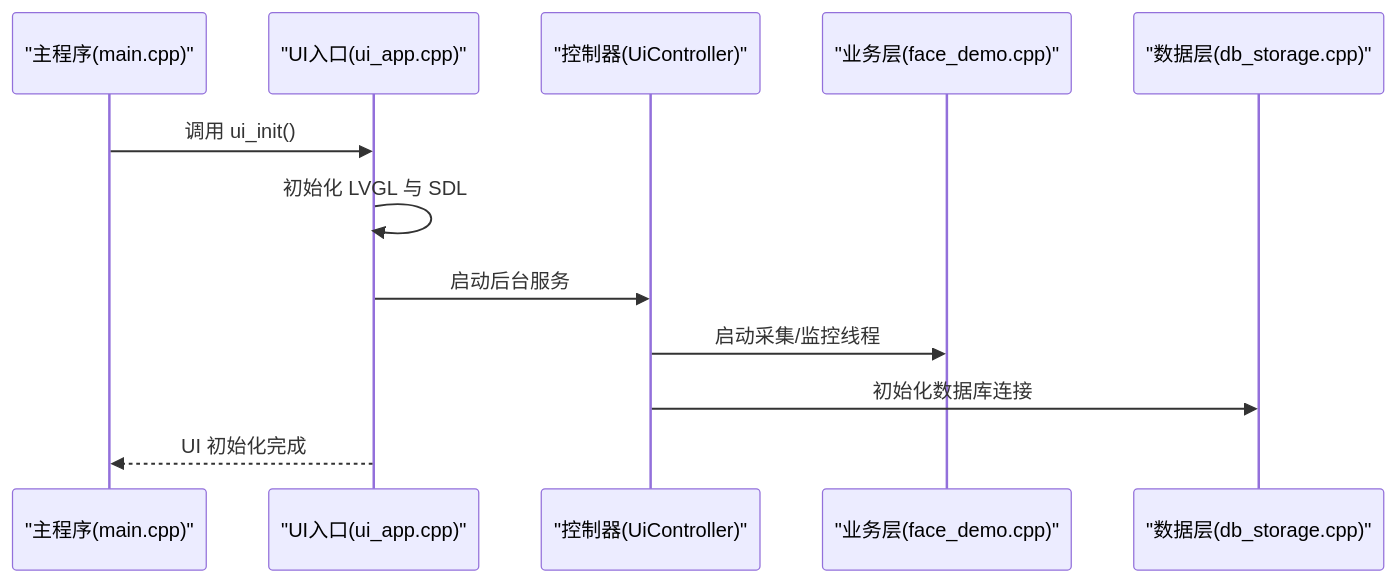
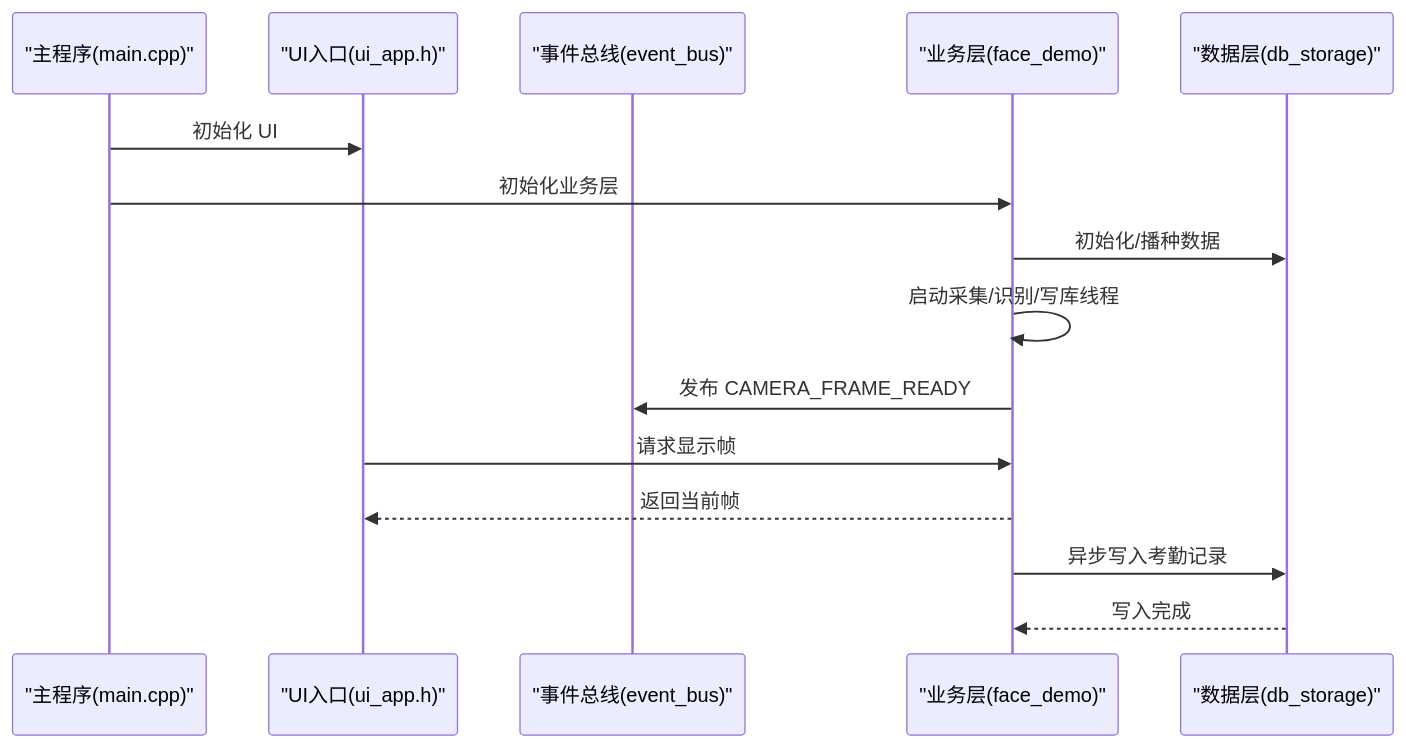
One commit to Drunk552/SmartAttendance changed the second of 8 diagrams in .qoder/repowiki/zh/content/开发指南/开发指南.md. Above: the diagram before and after it, drawn with Mermaid. The commit also changed other lines of this file and 119 other files, not shown here.

````diff
--- a/.qoder/repowiki/zh/content/开发指南/开发指南.md
+++ b/.qoder/repowiki/zh/content/开发指南/开发指南.md
@@ -122,14 +121,17 @@
 ```mermaid
 sequenceDiagram
 participant Main as "主程序(main.cpp)"
-participant UI as "UI入口(ui_app.cpp)"
-participant Ctrl as "控制器(UiController)"
-participant Bus as "业务层(face_demo.cpp)"
-participant Data as "数据层(db_storage.cpp)"
-Main->>UI : 调用 ui_init()
-UI->>UI : 初始化 LVGL 与 SDL
-UI->>Ctrl : 启动后台服务
-Ctrl->>Bus : 启动采集/监控线程
-Ctrl->>Data : 初始化数据库连接
-UI-->>Main : UI 初始化完成
+participant UI as "UI入口(ui_app.h)"
+participant Bus as "事件总线(event_bus)"
+participant Biz as "业务层(face_demo)"
+participant DB as "数据层(db_storage)"
+Main->>UI : 初始化 UI
+Main->>Biz : 初始化业务层
+Biz->>DB : 初始化/播种数据
+Biz->>Biz : 启动采集/识别/写库线程
+Biz->>Bus : 发布 CAMERA_FRAME_READY
+UI->>Biz : 请求显示帧
+Biz-->>UI : 返回当前帧
+Biz->>DB : 异步写入考勤记录
+DB-->>Biz : 写入完成
 ```
````
